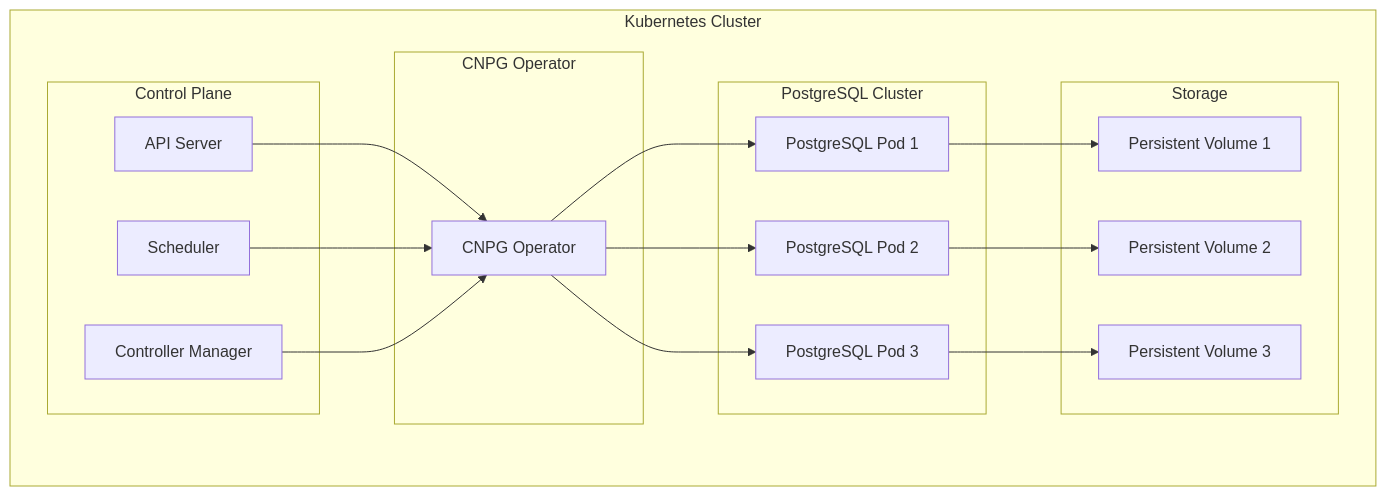
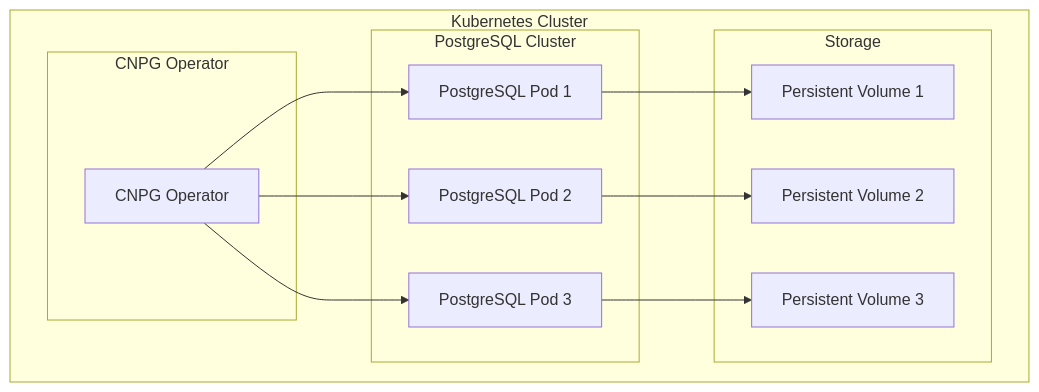
The diagram in README.md (erisnar/cnpg-demo), drawn with Mermaid before and after one commit.

Commit message:
addd mermaid diagram

````diff
--- a/README.md
+++ b/README.md
@@ -57,36 +57,27 @@
 ```mermaid
 graph TD
     subgraph Kubernetes Cluster
-        subgraph Control Plane
-            APIServer[API Server]
-            Scheduler[Scheduler]
-            ControllerManager[Controller Manager]
-        end
-
         subgraph CNPG Operator
             Operator[CNPG Operator]
         end
 
         subgraph PostgreSQL Cluster
             PGPod1[PostgreSQL Pod 1]
             PGPod2[PostgreSQL Pod 2]
             PGPod3[PostgreSQL Pod 3]
         end
 
         subgraph Storage
             PV1[Persistent Volume 1]
             PV2[Persistent Volume 2]
             PV3[Persistent Volume 3]
         end
     end
 
-    APIServer --> Operator
-    Scheduler --> Operator
-    ControllerManager --> Operator
     Operator --> PGPod1
     Operator --> PGPod2
     Operator --> PGPod3
     PGPod1 --> PV1
     PGPod2 --> PV2
     PGPod3 --> PV3
 ```
````
